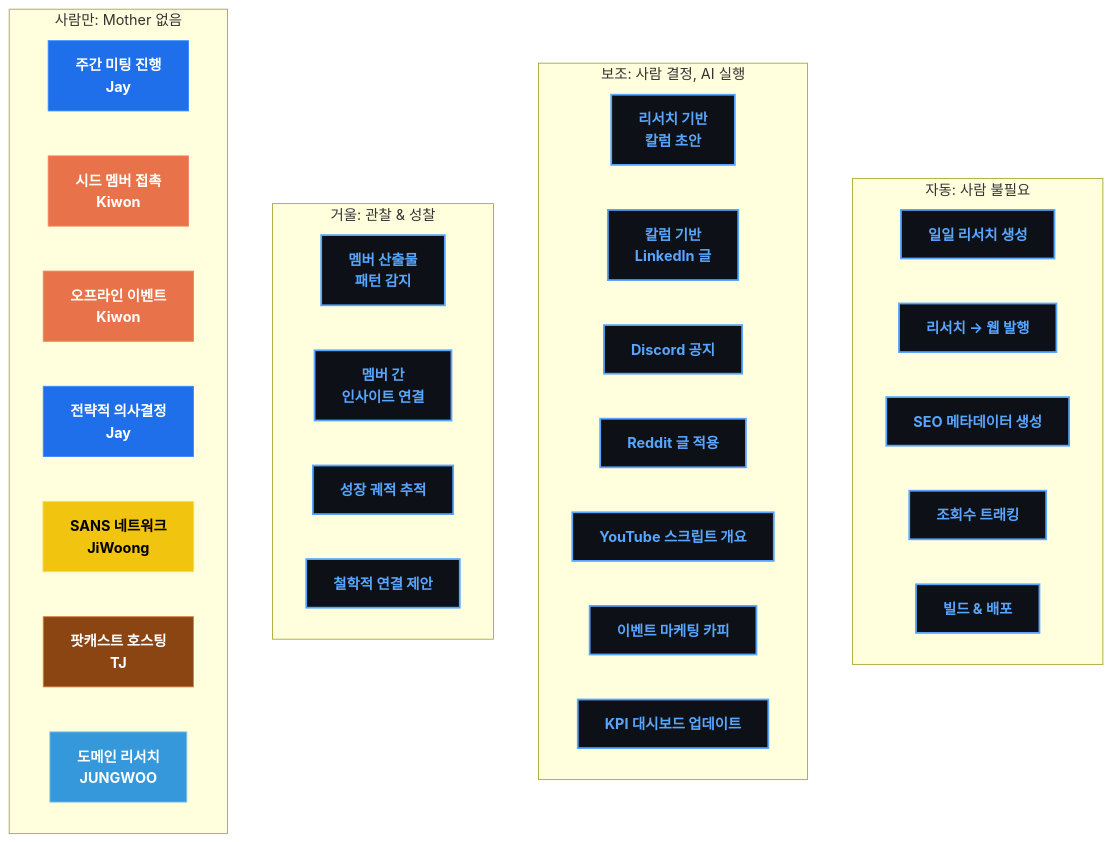
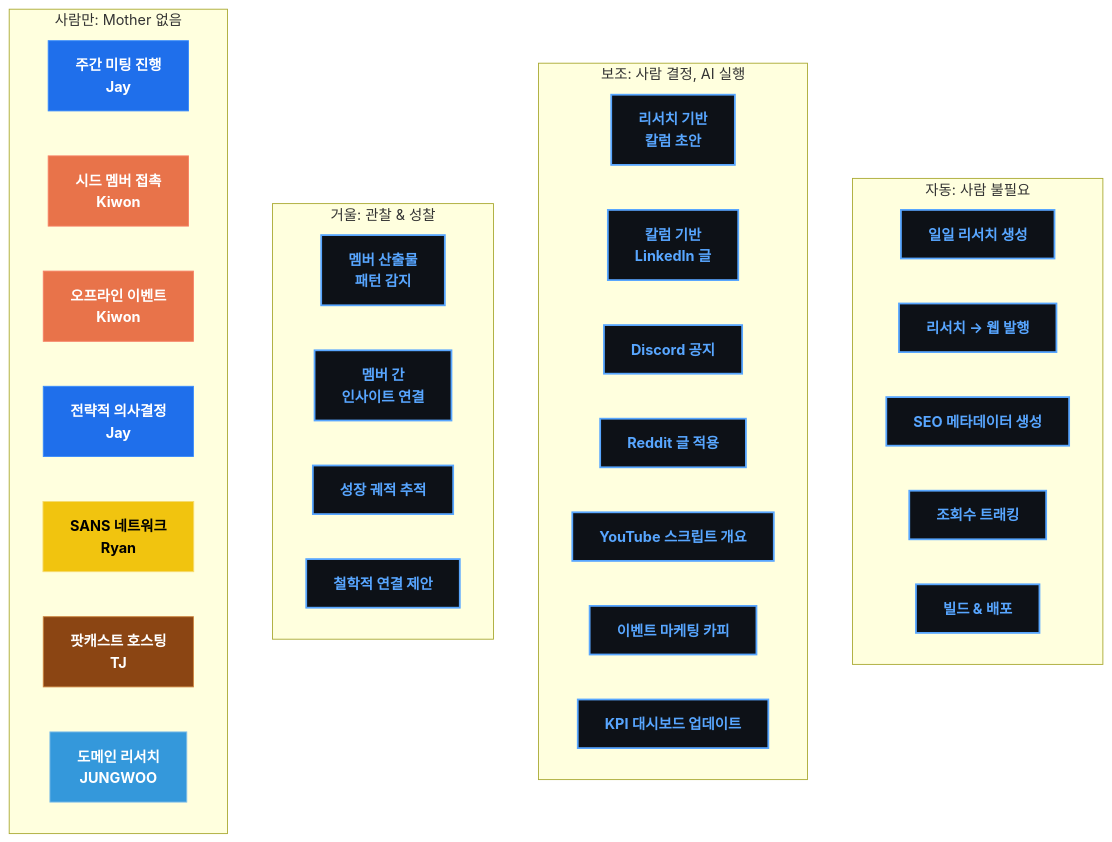
Before and after one commit to JeHyeong2/hypeprooflab: the diagram in products/hypeproof-workflow-diagrams/d4-color.mmd, drawn with Mermaid. The commit also changed 35 other files, not shown here.

First line of the commit message:
fix: merge JiWoong→Ryan, add Academy pipeline, 8 members

```diff
--- a/products/hypeproof-workflow-diagrams/d4-color.mmd
+++ b/products/hypeproof-workflow-diagrams/d4-color.mmd
@@ -1,55 +1,54 @@
 flowchart TB
     subgraph AUTOMATE["자동: 사람 불필요"]
         A1["일일 리서치 생성"]
         A2["리서치 → 웹 발행"]
         A3["SEO 메타데이터 생성"]
         A4["조회수 트래킹"]
         A5["빌드 & 배포"]
     end
 
     subgraph ASSIST["보조: 사람 결정, AI 실행"]
         B1["리서치 기반<br/>칼럼 초안"]
         B2["칼럼 기반<br/>LinkedIn 글"]
         B3["Discord 공지"]
         B4["Reddit 글 적용"]
         B5["YouTube 스크립트 개요"]
         B6["이벤트 마케팅 카피"]
         B7["KPI 대시보드 업데이트"]
     end
 
     subgraph MIRROR["거울: 관찰 & 성찰"]
         C1["멤버 산출물<br/>패턴 감지"]
         C2["멤버 간<br/>인사이트 연결"]
         C3["성장 궤적 추적"]
         C4["철학적 연결 제안"]
     end
 
     subgraph NONE["사람만: Mother 없음"]
         D1["주간 미팅 진행<br/>Jay"]
         D2["시드 멤버 접촉<br/>Kiwon"]
         D3["오프라인 이벤트<br/>Kiwon"]
         D4["전략적 의사결정<br/>Jay"]
-        D5["SANS 네트워크<br/>JiWoong"]
+        D5["SANS 네트워크<br/>Ryan"]
         D6["팟캐스트 호스팅<br/>TJ"]
         D7["도메인 리서치<br/>JUNGWOO"]
     end
 
     classDef jay fill:#1f6feb,stroke:#388bfd,color:#fff,font-weight:bold
     classDef kiwon fill:#e8734a,stroke:#f78166,color:#fff,font-weight:bold
-    classDef jiwoong fill:#f1c40f,stroke:#f7dc6f,color:#000,font-weight:bold
+    classDef ryan fill:#f1c40f,stroke:#f7dc6f,color:#000,font-weight:bold
     classDef jy fill:#e74c3c,stroke:#f1948a,color:#fff,font-weight:bold
     classDef tj fill:#8b4513,stroke:#cd853f,color:#fff,font-weight:bold
     classDef jehyeong fill:#9b59b6,stroke:#bb8fce,color:#fff,font-weight:bold
     classDef bh fill:#27ae60,stroke:#58d68d,color:#fff,font-weight:bold
     classDef jungwoo fill:#3498db,stroke:#85c1e9,color:#fff,font-weight:bold
-    classDef ryan fill:#95a5a6,stroke:#bdc3c7,color:#000,font-weight:bold
     classDef mother fill:#0d1117,stroke:#58a6ff,color:#58a6ff,font-weight:bold,stroke-width:2px
 
     class A1,A2,A3,A4,A5 mother
     class B1,B2,B3,B4,B5,B6,B7 mother
     class C1,C2,C3,C4 mother
     class D1,D4 jay
     class D2,D3 kiwon
-    class D5 jiwoong
+    class D5 ryan
     class D6 tj
     class D7 jungwoo
```
